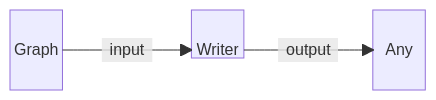
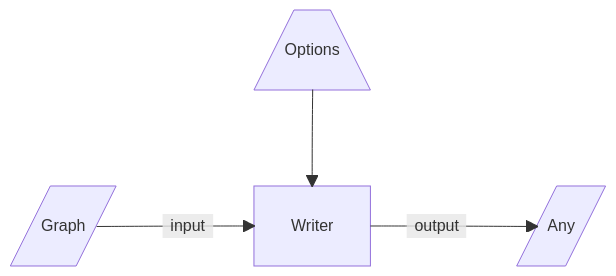
Before and after one commit to asimov-specs/asimov-specs: the diagram in program-patterns/diagrams/writer.mmd, drawn with Mermaid. The commit also changed 19 other files, not shown here.

Commit message:
Enhance the data flow diagrams.

```diff
--- a/program-patterns/diagrams/writer.mmd
+++ b/program-patterns/diagrams/writer.mmd
@@ -1,11 +1,19 @@
+---
+title: Data flow for writers
+---
 block-beta
-    columns 7
-    Graph space:2 Writer space:2 Any
-    Graph-- "input" -->Writer
-    Writer-- "output" -->Any
+  classDef block height:48px,padding:8px;
 
-    classDef block height:48px,padding:8px;
-    classDef hidden visibility:none;
-    class Writer block
-    class Graph hidden
-    class Any hidden
+  columns 5
+  space:2 Options space:2
+  space:5
+  Input space Program space Output
+
+  Options --> Program
+  Input-- "input" -->Program
+  Program-- "output" -->Output
+
+  Options[/"Options"\]
+  Program["Writer"]
+  Input[/"Graph"/]
+  Output[/"Any"/]
```
